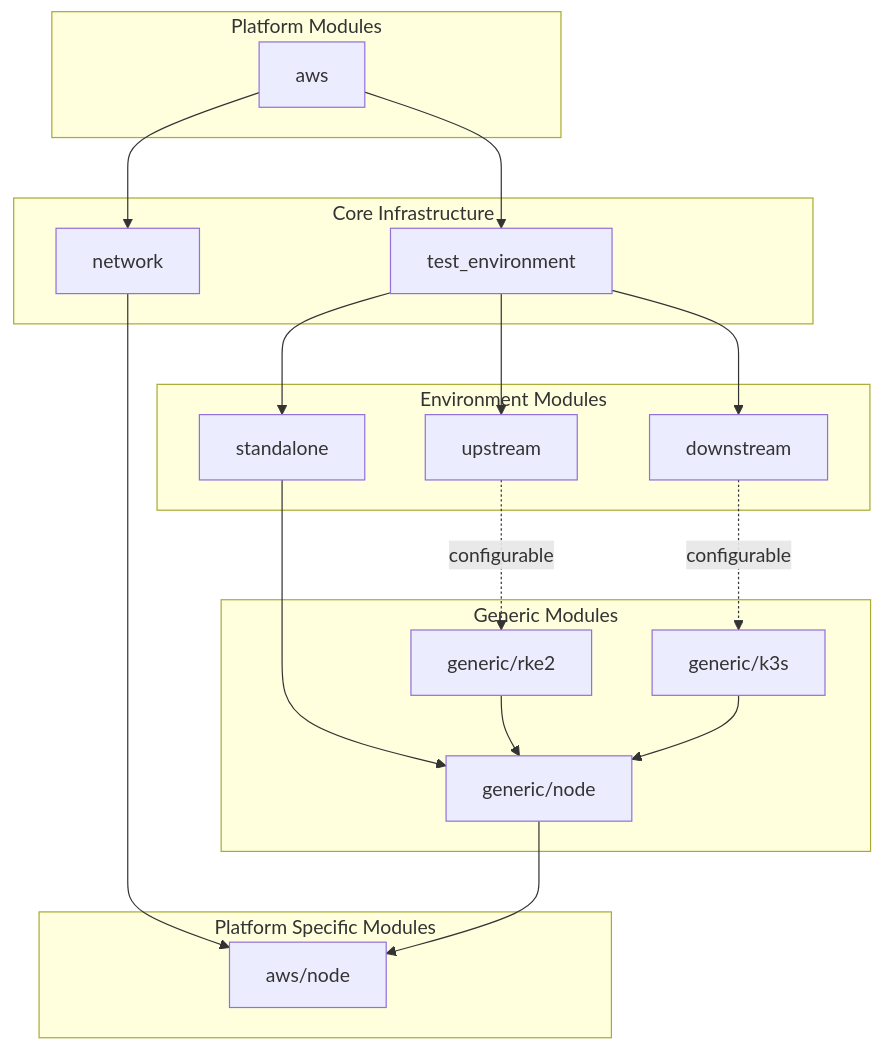
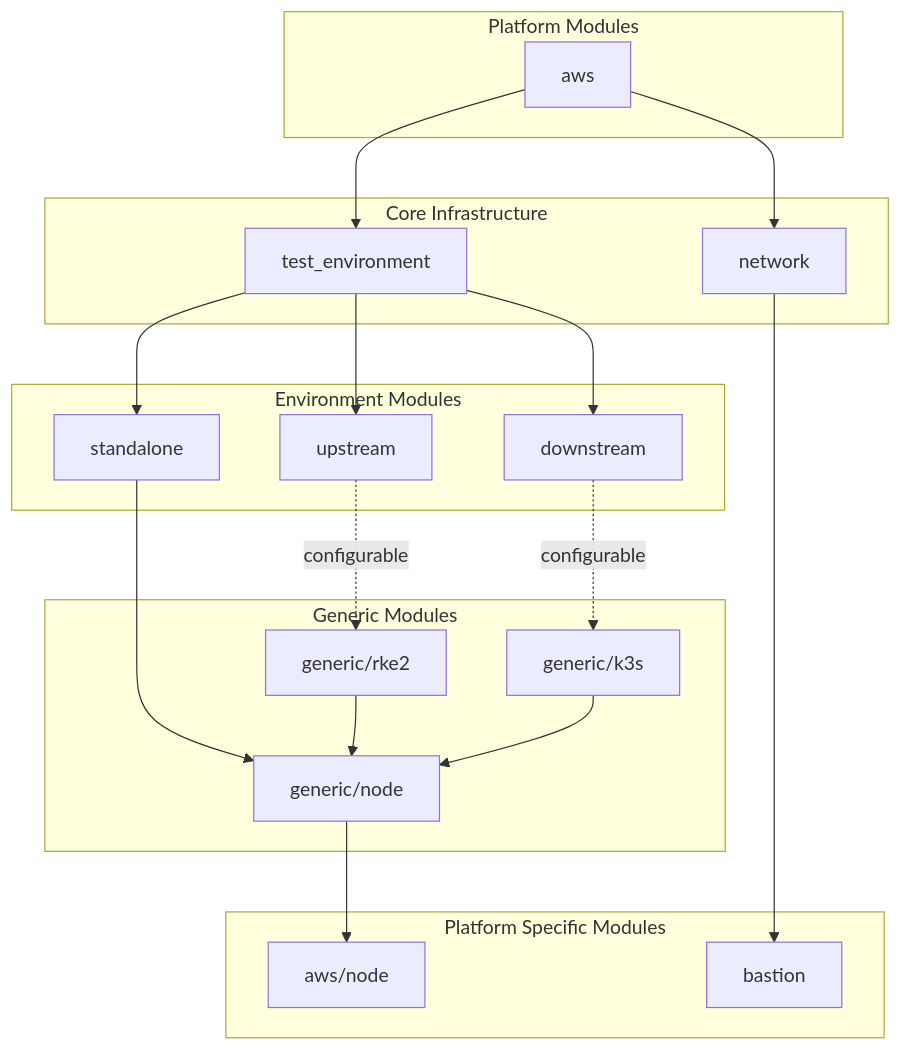
The diagram in DEVELOPING.md (rancher/dartboard), drawn with Mermaid before and after one commit. The commit also changed 11 other files, not shown here.

Commit message:
Split AWS bastion host into a separate module

````diff
--- a/DEVELOPING.md
+++ b/DEVELOPING.md
@@ -51,46 +51,46 @@
 ```mermaid
 graph TD
     subgraph "Platform Modules"
         aws[aws]
     end
 
     subgraph "Core Infrastructure"
         network[network]
         test_environment[test_environment]
     end
 
     subgraph "Environment Modules"
         upstream[upstream]
         downstream[downstream]
         standalone[standalone]
     end
 
     subgraph "Generic Modules"
         generic_rke2[generic/rke2]
         generic_node[generic/node]
         generic_k3s[generic/k3s]
     end
 
     subgraph "Platform Specific Modules"
         aws_node[aws/node]
+        bastion[bastion]
     end
 
     aws --> network
     aws --> test_environment
 
-    network --> aws_node
+    network --> bastion
 
     test_environment --> upstream
     test_environment --> downstream
     test_environment --> standalone
 
     upstream -.-> |configurable| generic_rke2
     downstream -.-> |configurable| generic_k3s
 
     standalone --> generic_node
 
     generic_rke2 --> generic_node
     generic_k3s --> generic_node
     generic_node --> aws_node
-
 ```
````
